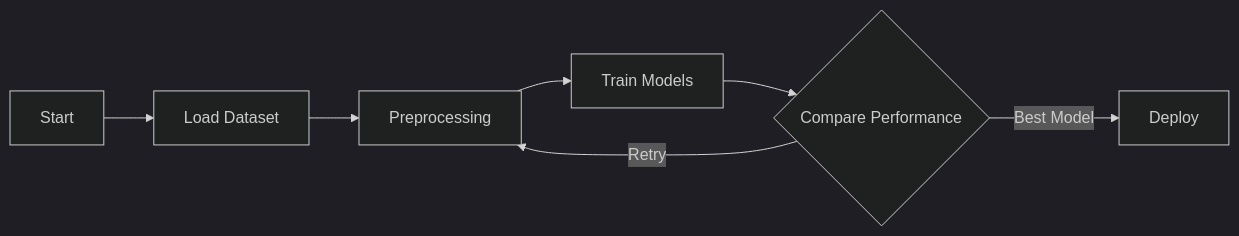
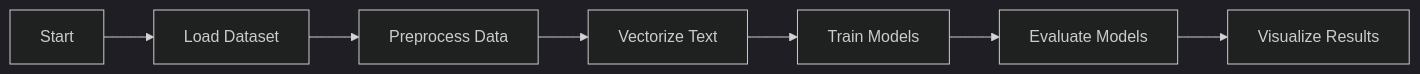
One commit to Avdhesh-Varshney/AI-Code changed the diagram in docs/natural-language-processing/email-spam-detection.md. Above: the diagram before and after it, drawn with Mermaid (dark theme). The commit also changed other lines of this file and 1 other file, not shown here.

````diff
--- a/docs/natural-language-processing/email-spam-detection.md
+++ b/docs/natural-language-processing/email-spam-detection.md
@@ -119,9 +80,9 @@
     ``` mermaid
       graph LR
-        A[Start] --> B[Load Dataset];
-        B --> C[Preprocessing];
-        C --> D[Train Models];
-        D --> E{Compare Performance};
-        E -->|Best Model| F[Deploy];
-        E -->|Retry| C;
+        A[Start] --> B[Load Dataset]
+        B --> C[Preprocess Data]
+        C --> D[Vectorize Text]
+        D --> E[Train Models]
+        E --> F[Evaluate Models]
+        F --> G[Visualize Results]
     ```
````
